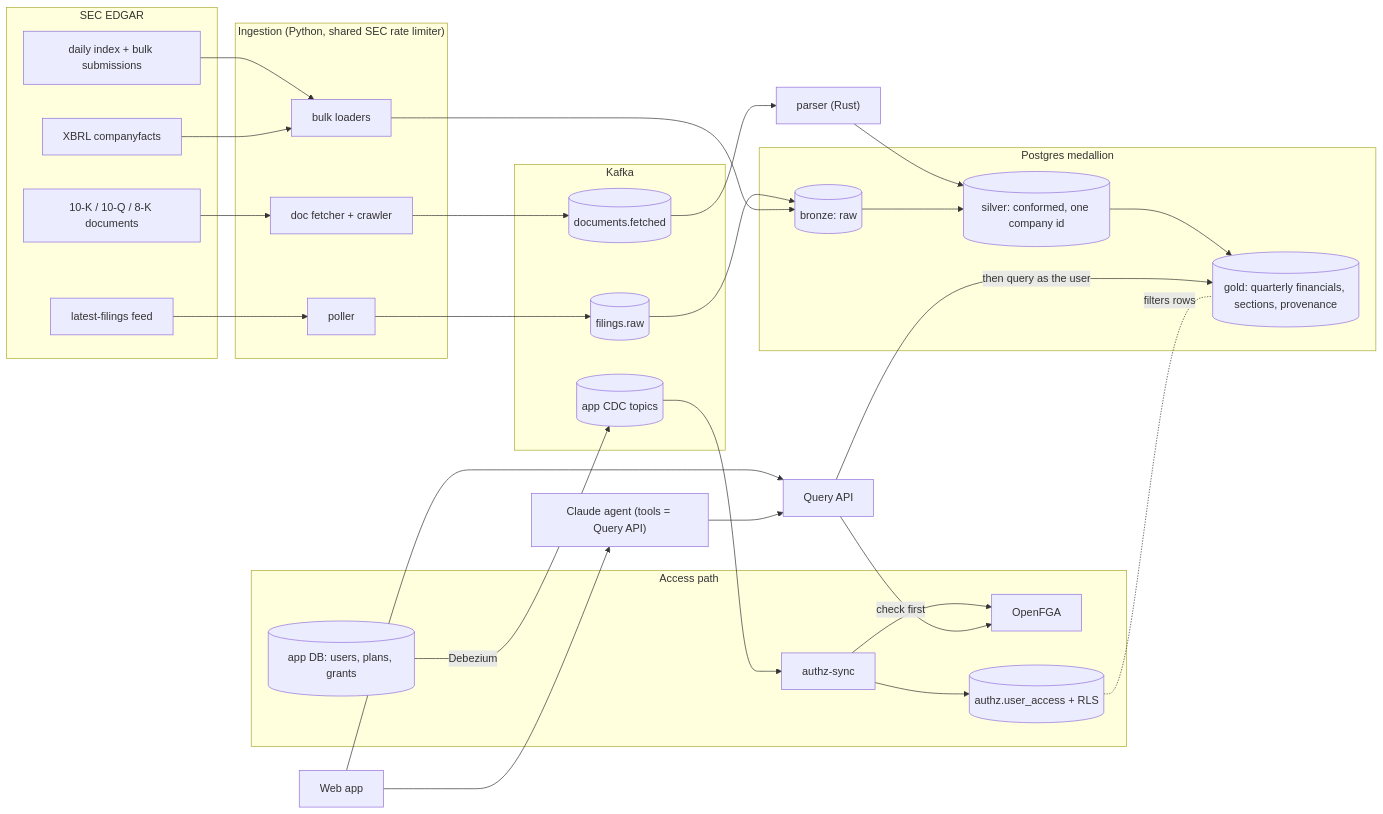
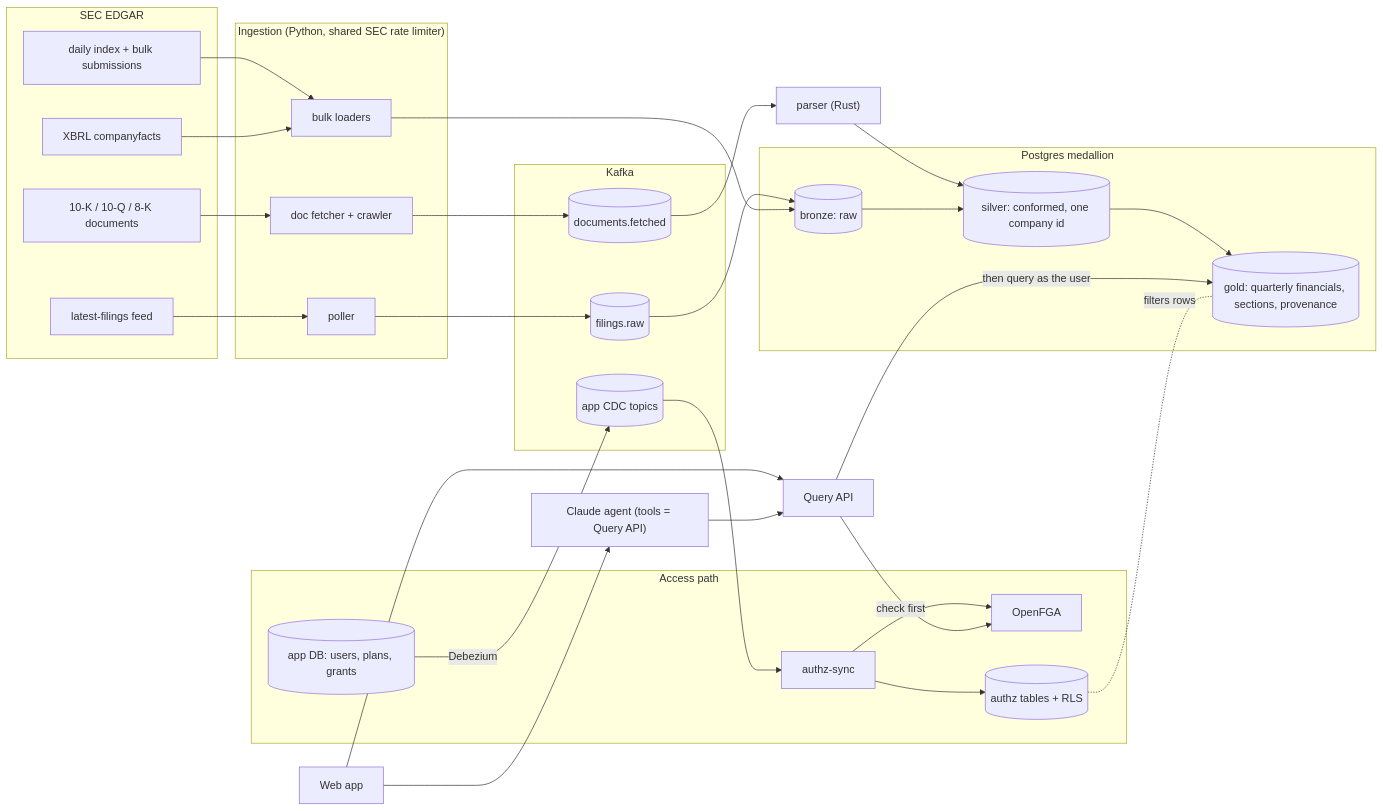
Before and after one commit to LucasGroves0102/tributary: the diagram in README.md, drawn with Mermaid. The commit also changed other lines of this file and 4 other files, not shown here.

````diff
--- a/README.md
+++ b/README.md
@@ -20,47 +21,47 @@
 ```mermaid
 flowchart LR
   subgraph SEC["SEC EDGAR"]
     feed[latest-filings feed]
     idx[daily index + bulk submissions]
     xbrl[XBRL companyfacts]
     docs[10-K / 10-Q / 8-K documents]
   end
   subgraph ingest["Ingestion (Python, shared SEC rate limiter)"]
     poller[poller]
     loaders[bulk loaders]
     fetcher[doc fetcher + crawler]
   end
   subgraph kafka["Kafka"]
     raw[(filings.raw)]
     fetched[(documents.fetched)]
     cdc[(app CDC topics)]
   end
   parser["parser (Rust)"]
   subgraph pg["Postgres medallion"]
     bronze[(bronze: raw)]
     silver[(silver: conformed, one company id)]
     gold[(gold: quarterly financials, sections, provenance)]
   end
   subgraph access["Access path"]
     appdb[(app DB: users, plans, grants)]
     sync[authz-sync]
     fga[OpenFGA]
-    rls[(authz.user_access + RLS)]
+    rls[(authz tables + RLS)]
   end
   api[Query API]
   agent["Claude agent (tools = Query API)"]
   web[Web app]
 
   feed --> poller --> raw --> bronze
   idx --> loaders --> bronze
   xbrl --> loaders
   docs --> fetcher --> fetched --> parser --> silver
   bronze --> silver --> gold
   appdb -- Debezium --> cdc --> sync --> fga
   sync --> rls
   web --> api
   web --> agent --> api
   api -- check first --> fga
   api -- then query as the user --> gold
   rls -. filters rows .- gold
 ```
````
